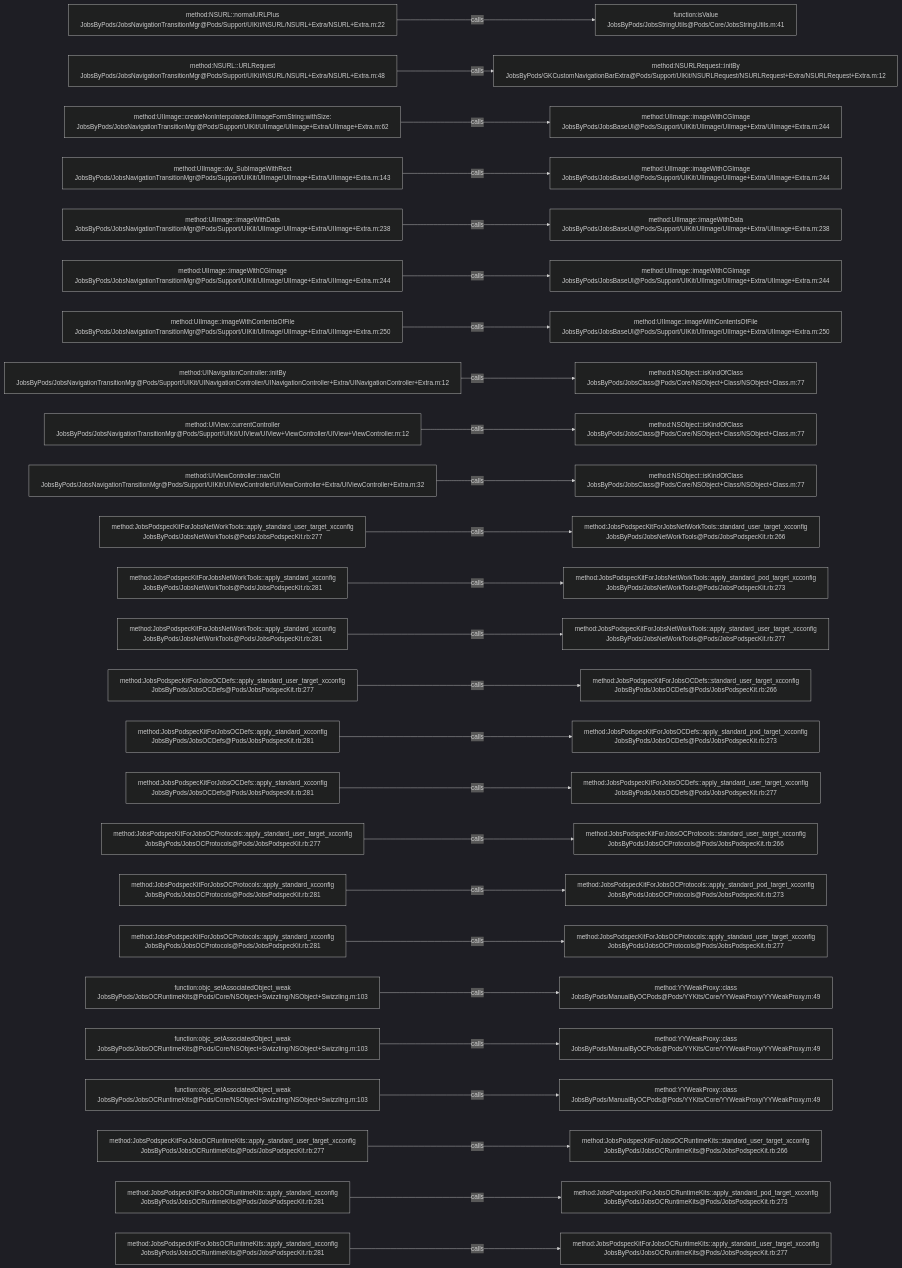
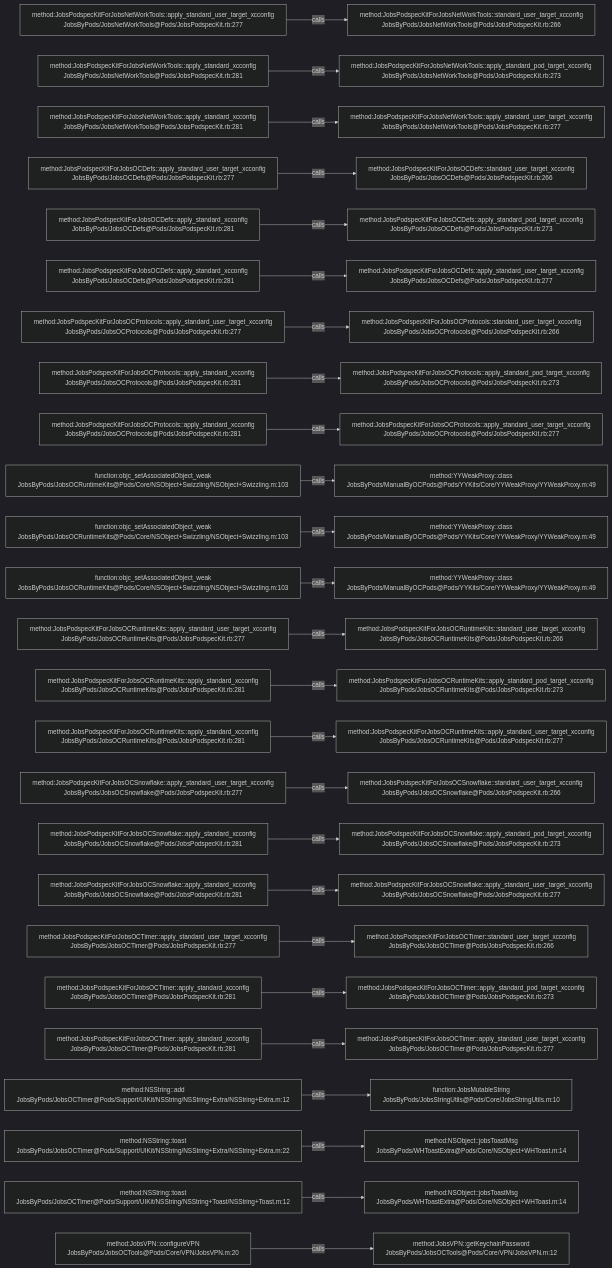
Before and after one commit to JobsKits/JobsOCBaseConfigDemo: the diagram in .codegraph/codegraph.md/graphs/calls-013.md, drawn with Mermaid (dark theme). The commit also changed 296 other files, not shown here.

````diff
--- a/.codegraph/codegraph.md/graphs/calls-013.md
+++ b/.codegraph/codegraph.md/graphs/calls-013.md
@@ -13,78 +13,78 @@
 ```mermaid
 flowchart LR
-  S1["method:NSURL::normalURLPlus<br/>JobsByPods/JobsNavigationTransitionMgr@Pods/Support/UIKit/NSURL/NSURL+Extra/NSURL+Extra.m:22"]
-  T1["function:isValue<br/>JobsByPods/JobsStringUtils@Pods/Core/JobsStringUtils.m:41"]
+  S1["method:JobsPodspecKitForJobsNetWorkTools::apply_standard_user_target_xcconfig<br/>JobsByPods/JobsNetWorkTools@Pods/JobsPodspecKit.rb:277"]
+  T1["method:JobsPodspecKitForJobsNetWorkTools::standard_user_target_xcconfig<br/>JobsByPods/JobsNetWorkTools@Pods/JobsPodspecKit.rb:266"]
   S1 -->|calls| T1
-  S2["method:NSURL::URLRequest<br/>JobsByPods/JobsNavigationTransitionMgr@Pods/Support/UIKit/NSURL/NSURL+Extra/NSURL+Extra.m:48"]
-  T2["method:NSURLRequest::initBy<br/>JobsByPods/GKCustomNavigationBarExtra@Pods/Support/UIKit/NSURLRequest/NSURLRequest+Extra/NSURLRequest+Extra.m:12"]
+  S2["method:JobsPodspecKitForJobsNetWorkTools::apply_standard_xcconfig<br/>JobsByPods/JobsNetWorkTools@Pods/JobsPodspecKit.rb:281"]
+  T2["method:JobsPodspecKitForJobsNetWorkTools::apply_standard_pod_target_xcconfig<br/>JobsByPods/JobsNetWorkTools@Pods/JobsPodspecKit.rb:273"]
   S2 -->|calls| T2
-  S3["method:UIImage::createNonInterpolatedUIImageFormString:withSize:<br/>JobsByPods/JobsNavigationTransitionMgr@Pods/Support/UIKit/UIImage/UIImage+Extra/UIImage+Extra.m:62"]
-  T3["method:UIImage::imageWithCGImage<br/>JobsByPods/JobsBaseUI@Pods/Support/UIKit/UIImage/UIImage+Extra/UIImage+Extra.m:244"]
+  S3["method:JobsPodspecKitForJobsNetWorkTools::apply_standard_xcconfig<br/>JobsByPods/JobsNetWorkTools@Pods/JobsPodspecKit.rb:281"]
+  T3["method:JobsPodspecKitForJobsNetWorkTools::apply_standard_user_target_xcconfig<br/>JobsByPods/JobsNetWorkTools@Pods/JobsPodspecKit.rb:277"]
   S3 -->|calls| T3
-  S4["method:UIImage::dw_SubImageWithRect<br/>JobsByPods/JobsNavigationTransitionMgr@Pods/Support/UIKit/UIImage/UIImage+Extra/UIImage+Extra.m:143"]
-  T4["method:UIImage::imageWithCGImage<br/>JobsByPods/JobsBaseUI@Pods/Support/UIKit/UIImage/UIImage+Extra/UIImage+Extra.m:244"]
+  S4["method:JobsPodspecKitForJobsOCDefs::apply_standard_user_target_xcconfig<br/>JobsByPods/JobsOCDefs@Pods/JobsPodspecKit.rb:277"]
+  T4["method:JobsPodspecKitForJobsOCDefs::standard_user_target_xcconfig<br/>JobsByPods/JobsOCDefs@Pods/JobsPodspecKit.rb:266"]
   S4 -->|calls| T4
-  S5["method:UIImage::imageWithData<br/>JobsByPods/JobsNavigationTransitionMgr@Pods/Support/UIKit/UIImage/UIImage+Extra/UIImage+Extra.m:238"]
-  T5["method:UIImage::imageWithData<br/>JobsByPods/JobsBaseUI@Pods/Support/UIKit/UIImage/UIImage+Extra/UIImage+Extra.m:238"]
+  S5["method:JobsPodspecKitForJobsOCDefs::apply_standard_xcconfig<br/>JobsByPods/JobsOCDefs@Pods/JobsPodspecKit.rb:281"]
+  T5["method:JobsPodspecKitForJobsOCDefs::apply_standard_pod_target_xcconfig<br/>JobsByPods/JobsOCDefs@Pods/JobsPodspecKit.rb:273"]
   S5 -->|calls| T5
-  S6["method:UIImage::imageWithCGImage<br/>JobsByPods/JobsNavigationTransitionMgr@Pods/Support/UIKit/UIImage/UIImage+Extra/UIImage+Extra.m:244"]
-  T6["method:UIImage::imageWithCGImage<br/>JobsByPods/JobsBaseUI@Pods/Support/UIKit/UIImage/UIImage+Extra/UIImage+Extra.m:244"]
+  S6["method:JobsPodspecKitForJobsOCDefs::apply_standard_xcconfig<br/>JobsByPods/JobsOCDefs@Pods/JobsPodspecKit.rb:281"]
+  T6["method:JobsPodspecKitForJobsOCDefs::apply_standard_user_target_xcconfig<br/>JobsByPods/JobsOCDefs@Pods/JobsPodspecKit.rb:277"]
   S6 -->|calls| T6
-  S7["method:UIImage::imageWithContentsOfFile<br/>JobsByPods/JobsNavigationTransitionMgr@Pods/Support/UIKit/UIImage/UIImage+Extra/UIImage+Extra.m:250"]
-  T7["method:UIImage::imageWithContentsOfFile<br/>JobsByPods/JobsBaseUI@Pods/Support/UIKit/UIImage/UIImage+Extra/UIImage+Extra.m:250"]
+  S7["method:JobsPodspecKitForJobsOCProtocols::apply_standard_user_target_xcconfig<br/>JobsByPods/JobsOCProtocols@Pods/JobsPodspecKit.rb:277"]
+  T7["method:JobsPodspecKitForJobsOCProtocols::standard_user_target_xcconfig<br/>JobsByPods/JobsOCProtocols@Pods/JobsPodspecKit.rb:266"]
   S7 -->|calls| T7
-  S8["method:UINavigationController::initBy<br/>JobsByPods/JobsNavigationTransitionMgr@Pods/Support/UIKit/UINavigationController/UINavigationController+Extra/UINavigationController+Extra.m:12"]
-  T8["method:NSObject::isKindOfClass<br/>JobsByPods/JobsClass@Pods/Core/NSObject+Class/NSObject+Class.m:77"]
+  S8["method:JobsPodspecKitForJobsOCProtocols::apply_standard_xcconfig<br/>JobsByPods/JobsOCProtocols@Pods/JobsPodspecKit.rb:281"]
+  T8["method:JobsPodspecKitForJobsOCProtocols::apply_standard_pod_target_xcconfig<br/>JobsByPods/JobsOCProtocols@Pods/JobsPodspecKit.rb:273"]
   S8 -->|calls| T8
-  S9["method:UIView::currentController<br/>JobsByPods/JobsNavigationTransitionMgr@Pods/Support/UIKit/UIView/UIView+ViewController/UIView+ViewController.m:12"]
-  T9["method:NSObject::isKindOfClass<br/>JobsByPods/JobsClass@Pods/Core/NSObject+Class/NSObject+Class.m:77"]
+  S9["method:JobsPodspecKitForJobsOCProtocols::apply_standard_xcconfig<br/>JobsByPods/JobsOCProtocols@Pods/JobsPodspecKit.rb:281"]
+  T9["method:JobsPodspecKitForJobsOCProtocols::apply_standard_user_target_xcconfig<br/>JobsByPods/JobsOCProtocols@Pods/JobsPodspecKit.rb:277"]
   S9 -->|calls| T9
-  S10["method:UIViewController::navCtrl<br/>JobsByPods/JobsNavigationTransitionMgr@Pods/Support/UIKit/UIViewController/UIViewController+Extra/UIViewController+Extra.m:32"]
-  T10["method:NSObject::isKindOfClass<br/>JobsByPods/JobsClass@Pods/Core/NSObject+Class/NSObject+Class.m:77"]
+  S10["function:objc_setAssociatedObject_weak<br/>JobsByPods/JobsOCRuntimeKits@Pods/Core/NSObject+Swizzling/NSObject+Swizzling.m:103"]
+  T10["method:YYWeakProxy::class<br/>JobsByPods/ManualByOCPods@Pods/YYKits/Core/YYWeakProxy/YYWeakProxy.m:49"]
   S10 -->|calls| T10
-  S11["method:JobsPodspecKitForJobsNetWorkTools::apply_standard_user_target_xcconfig<br/>JobsByPods/JobsNetWorkTools@Pods/JobsPodspecKit.rb:277"]
-  T11["method:JobsPodspecKitForJobsNetWorkTools::standard_user_target_xcconfig<br/>JobsByPods/JobsNetWorkTools@Pods/JobsPodspecKit.rb:266"]
+  S11["function:objc_setAssociatedObject_weak<br/>JobsByPods/JobsOCRuntimeKits@Pods/Core/NSObject+Swizzling/NSObject+Swizzling.m:103"]
+  T11["method:YYWeakProxy::class<br/>JobsByPods/ManualByOCPods@Pods/YYKits/Core/YYWeakProxy/YYWeakProxy.m:49"]
   S11 -->|calls| T11
-  S12["method:JobsPodspecKitForJobsNetWorkTools::apply_standard_xcconfig<br/>JobsByPods/JobsNetWorkTools@Pods/JobsPodspecKit.rb:281"]
-  T12["method:JobsPodspecKitForJobsNetWorkTools::apply_standard_pod_target_xcconfig<br/>JobsByPods/JobsNetWorkTools@Pods/JobsPodspecKit.rb:273"]
+  S12["function:objc_setAssociatedObject_weak<br/>JobsByPods/JobsOCRuntimeKits@Pods/Core/NSObject+Swizzling/NSObject+Swizzling.m:103"]
+  T12["method:YYWeakProxy::class<br/>JobsByPods/ManualByOCPods@Pods/YYKits/Core/YYWeakProxy/YYWeakProxy.m:49"]
   S12 -->|calls| T12
-  S13["method:JobsPodspecKitForJobsNetWorkTools::apply_standard_xcconfig<br/>JobsByPods/JobsNetWorkTools@Pods/JobsPodspecKit.rb:281"]
-  T13["method:JobsPodspecKitForJobsNetWorkTools::apply_standard_user_target_xcconfig<br/>JobsByPods/JobsNetWorkTools@Pods/JobsPodspecKit.rb:277"]
+  S13["method:JobsPodspecKitForJobsOCRuntimeKits::apply_standard_user_target_xcconfig<br/>JobsByPods/JobsOCRuntimeKits@Pods/JobsPodspecKit.rb:277"]
+  T13["method:JobsPodspecKitForJobsOCRuntimeKits::standard_user_target_xcconfig<br/>JobsByPods/JobsOCRuntimeKits@Pods/JobsPodspecKit.rb:266"]
   S13 -->|calls| T13
-  S14["method:JobsPodspecKitForJobsOCDefs::apply_standard_user_target_xcconfig<br/>JobsByPods/JobsOCDefs@Pods/JobsPodspecKit.rb:277"]
-  T14["method:JobsPodspecKitForJobsOCDefs::standard_user_target_xcconfig<br/>JobsByPods/JobsOCDefs@Pods/JobsPodspecKit.rb:266"]
+  S14["method:JobsPodspecKitForJobsOCRuntimeKits::apply_standard_xcconfig<br/>JobsByPods/JobsOCRuntimeKits@Pods/JobsPodspecKit.rb:281"]
+  T14["method:JobsPodspecKitForJobsOCRuntimeKits::apply_standard_pod_target_xcconfig<br/>JobsByPods/JobsOCRuntimeKits@Pods/JobsPodspecKit.rb:273"]
   S14 -->|calls| T14
-  S15["method:JobsPodspecKitForJobsOCDefs::apply_standard_xcconfig<br/>JobsByPods/JobsOCDefs@Pods/JobsPodspecKit.rb:281"]
-  T15["method:JobsPodspecKitForJobsOCDefs::apply_standard_pod_target_xcconfig<br/>JobsByPods/JobsOCDefs@Pods/JobsPodspecKit.rb:273"]
+  S15["method:JobsPodspecKitForJobsOCRuntimeKits::apply_standard_xcconfig<br/>JobsByPods/JobsOCRuntimeKits@Pods/JobsPodspecKit.rb:281"]
+  T15["method:JobsPodspecKitForJobsOCRuntimeKits::apply_standard_user_target_xcconfig<br/>JobsByPods/JobsOCRuntimeKits@Pods/JobsPodspecKit.rb:277"]
   S15 -->|calls| T15
-  S16["method:JobsPodspecKitForJobsOCDefs::apply_standard_xcconfig<br/>JobsByPods/JobsOCDefs@Pods/JobsPodspecKit.rb:281"]
-  T16["method:JobsPodspecKitForJobsOCDefs::apply_standard_user_target_xcconfig<br/>JobsByPods/JobsOCDefs@Pods/JobsPodspecKit.rb:277"]
+  S16["method:JobsPodspecKitForJobsOCSnowflake::apply_standard_user_target_xcconfig<br/>JobsByPods/JobsOCSnowflake@Pods/JobsPodspecKit.rb:277"]
+  T16["method:JobsPodspecKitForJobsOCSnowflake::standard_user_target_xcconfig<br/>JobsByPods/JobsOCSnowflake@Pods/JobsPodspecKit.rb:266"]
   S16 -->|calls| T16
-  S17["method:JobsPodspecKitForJobsOCProtocols::apply_standard_user_target_xcconfig<br/>JobsByPods/JobsOCProtocols@Pods/JobsPodspecKit.rb:277"]
-  T17["method:JobsPodspecKitForJobsOCProtocols::standard_user_target_xcconfig<br/>JobsByPods/JobsOCProtocols@Pods/JobsPodspecKit.rb:266"]
+  S17["method:JobsPodspecKitForJobsOCSnowflake::apply_standard_xcconfig<br/>JobsByPods/JobsOCSnowflake@Pods/JobsPodspecKit.rb:281"]
+  T17["method:JobsPodspecKitForJobsOCSnowflake::apply_standard_pod_target_xcconfig<br/>JobsByPods/JobsOCSnowflake@Pods/JobsPodspecKit.rb:273"]
   S17 -->|calls| T17
-  S18["method:JobsPodspecKitForJobsOCProtocols::apply_standard_xcconfig<br/>JobsByPods/JobsOCProtocols@Pods/JobsPodspecKit.rb:281"]
-  T18["method:JobsPodspecKitForJobsOCProtocols::apply_standard_pod_target_xcconfig<br/>JobsByPods/JobsOCProtocols@Pods/JobsPodspecKit.rb:273"]
+  S18["method:JobsPodspecKitForJobsOCSnowflake::apply_standard_xcconfig<br/>JobsByPods/JobsOCSnowflake@Pods/JobsPodspecKit.rb:281"]
+  T18["method:JobsPodspecKitForJobsOCSnowflake::apply_standard_user_target_xcconfig<br/>JobsByPods/JobsOCSnowflake@Pods/JobsPodspecKit.rb:277"]
   S18 -->|calls| T18
-  S19["method:JobsPodspecKitForJobsOCProtocols::apply_standard_xcconfig<br/>JobsByPods/JobsOCProtocols@Pods/JobsPodspecKit.rb:281"]
-  T19["method:JobsPodspecKitForJobsOCProtocols::apply_standard_user_target_xcconfig<br/>JobsByPods/JobsOCProtocols@Pods/JobsPodspecKit.rb:277"]
+  S19["method:JobsPodspecKitForJobsOCTimer::apply_standard_user_target_xcconfig<br/>JobsByPods/JobsOCTimer@Pods/JobsPodspecKit.rb:277"]
+  T19["method:JobsPodspecKitForJobsOCTimer::standard_user_target_xcconfig<br/>JobsByPods/JobsOCTimer@Pods/JobsPodspecKit.rb:266"]
   S19 -->|calls| T19
-  S20["function:objc_setAssociatedObject_weak<br/>JobsByPods/JobsOCRuntimeKits@Pods/Core/NSObject+Swizzling/NSObject+Swizzling.m:103"]
-  T20["method:YYWeakProxy::class<br/>JobsByPods/ManualByOCPods@Pods/YYKits/Core/YYWeakProxy/YYWeakProxy.m:49"]
+  S20["method:JobsPodspecKitForJobsOCTimer::apply_standard_xcconfig<br/>JobsByPods/JobsOCTimer@Pods/JobsPodspecKit.rb:281"]
+  T20["method:JobsPodspecKitForJobsOCTimer::apply_standard_pod_target_xcconfig<br/>JobsByPods/JobsOCTimer@Pods/JobsPodspecKit.rb:273"]
   S20 -->|calls| T20
-  S21["function:objc_setAssociatedObject_weak<br/>JobsByPods/JobsOCRuntimeKits@Pods/Core/NSObject+Swizzling/NSObject+Swizzling.m:103"]
-  T21["method:YYWeakProxy::class<br/>JobsByPods/ManualByOCPods@Pods/YYKits/Core/YYWeakProxy/YYWeakProxy.m:49"]
+  S21["method:JobsPodspecKitForJobsOCTimer::apply_standard_xcconfig<br/>JobsByPods/JobsOCTimer@Pods/JobsPodspecKit.rb:281"]
+  T21["method:JobsPodspecKitForJobsOCTimer::apply_standard_user_target_xcconfig<br/>JobsByPods/JobsOCTimer@Pods/JobsPodspecKit.rb:277"]
   S21 -->|calls| T21
-  S22["function:objc_setAssociatedObject_weak<br/>JobsByPods/JobsOCRuntimeKits@Pods/Core/NSObject+Swizzling/NSObject+Swizzling.m:103"]
-  T22["method:YYWeakProxy::class<br/>JobsByPods/ManualByOCPods@Pods/YYKits/Core/YYWeakProxy/YYWeakProxy.m:49"]
+  S22["method:NSString::add<br/>JobsByPods/JobsOCTimer@Pods/Support/UIKit/NSString/NSString+Extra/NSString+Extra.m:12"]
+  T22["function:JobsMutableString<br/>JobsByPods/JobsStringUtils@Pods/Core/JobsStringUtils.m:10"]
   S22 -->|calls| T22
-  S23["method:JobsPodspecKitForJobsOCRuntimeKits::apply_standard_user_target_xcconfig<br/>JobsByPods/JobsOCRuntimeKits@Pods/JobsPodspecKit.rb:277"]
-  T23["method:JobsPodspecKitForJobsOCRuntimeKits::standard_user_target_xcconfig<br/>JobsByPods/JobsOCRuntimeKits@Pods/JobsPodspecKit.rb:266"]
+  S23["method:NSString::toast<br/>JobsByPods/JobsOCTimer@Pods/Support/UIKit/NSString/NSString+Extra/NSString+Extra.m:22"]
+  T23["method:NSObject::jobsToastMsg<br/>JobsByPods/WHToastExtra@Pods/Core/NSObject+WHToast.m:14"]
   S23 -->|calls| T23
-  S24["method:JobsPodspecKitForJobsOCRuntimeKits::apply_standard_xcconfig<br/>JobsByPods/JobsOCRuntimeKits@Pods/JobsPodspecKit.rb:281"]
-  T24["method:JobsPodspecKitForJobsOCRuntimeKits::apply_standard_pod_target_xcconfig<br/>JobsByPods/JobsOCRuntimeKits@Pods/JobsPodspecKit.rb:273"]
+  S24["method:NSString::toast<br/>JobsByPods/JobsOCTimer@Pods/Support/UIKit/NSString/NSString+Toast/NSString+Toast.m:12"]
+  T24["method:NSObject::jobsToastMsg<br/>JobsByPods/WHToastExtra@Pods/Core/NSObject+WHToast.m:14"]
   S24 -->|calls| T24
-  S25["method:JobsPodspecKitForJobsOCRuntimeKits::apply_standard_xcconfig<br/>JobsByPods/JobsOCRuntimeKits@Pods/JobsPodspecKit.rb:281"]
-  T25["method:JobsPodspecKitForJobsOCRuntimeKits::apply_standard_user_target_xcconfig<br/>JobsByPods/JobsOCRuntimeKits@Pods/JobsPodspecKit.rb:277"]
+  S25["method:JobsVPN::configureVPN<br/>JobsByPods/JobsOCTools@Pods/Core/VPN/JobsVPN.m:20"]
+  T25["method:JobsVPN::getKeychainPassword<br/>JobsByPods/JobsOCTools@Pods/Core/VPN/JobsVPN.m:12"]
   S25 -->|calls| T25
 ```
````
